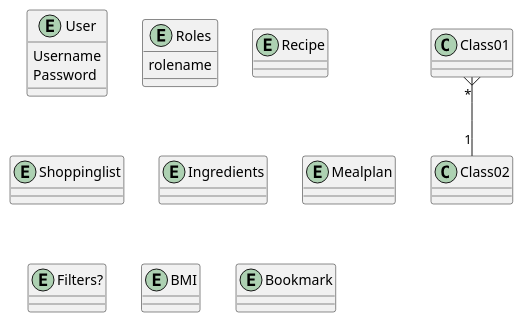
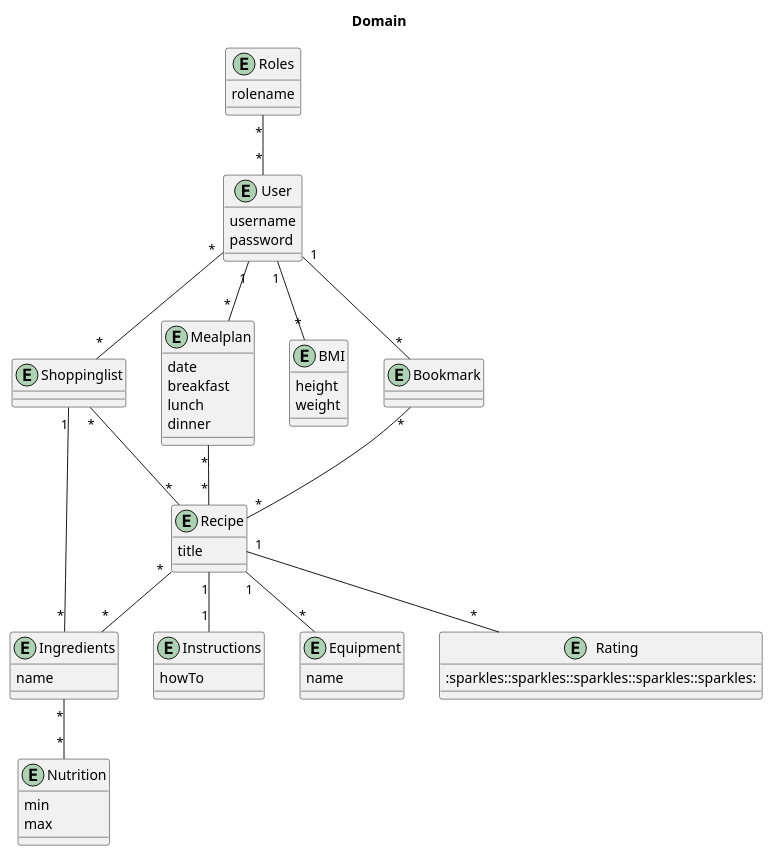
One commit to TimeaBallok/semesterproject changed the diagram in Dokumentation/Domain.puml. Above: the diagram before and after it, drawn with PlantUML.

Commit message:
update to Domain diagram

```diff
--- a/Dokumentation/Domain.puml
+++ b/Dokumentation/Domain.puml
@@ -1,30 +1,63 @@
 @startuml
-'https://plantuml.com/class-diagram
+TITLE: Domain
 entity User{
-Username
-Password
+username
+password
 }
 entity Roles{
 rolename
 }
 entity Recipe{
-
+title
 }
 entity Shoppinglist{
 
 }
 entity Ingredients{
+name
+}
+entity Mealplan{
+date
+breakfast
+lunch
+dinner
+}
+
+entity BMI{
+height
+weight
+}
+entity Bookmark{
 
 }
-entity Mealplan{
+entity Nutrition{
+min
+max
 }
-entity Filters?{
+entity Instructions{
+howTo
 }
-entity BMI{
+entity Equipment{
+name
 }
-entity Bookmark{
+entity Rating{
+:sparkles::sparkles::sparkles::sparkles::sparkles:
 }
 
 
-Class01 "*" }-- "1" Class02
+Roles "*" -- "*" User
+User "1" -- "*" Bookmark
+User "*" -- "*" Shoppinglist
+User "1" -- "*" Mealplan
+User "1" -- "*" BMI
+Recipe "*" -- "*" Ingredients
+Bookmark "*" -- "*" Recipe
+Shoppinglist "*" -- "*" Recipe
+Mealplan "*" -- "*" Recipe
+Ingredients "*" -- "*" Nutrition
+Ingredients "*" -- "1" Shoppinglist
+Recipe "1" -- "1" Instructions
+Recipe "1" -- "*" Equipment
+Recipe "1" -- "*" Rating
+
 @enduml
```
